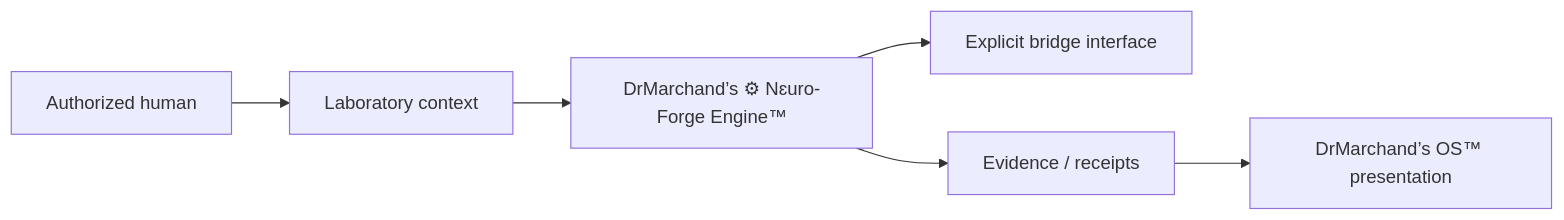
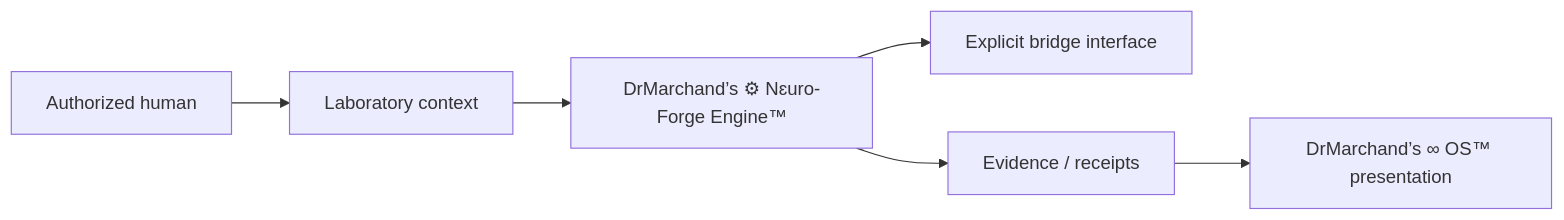
Before and after one commit to DrMarchand/NFE: the diagram in README.md, drawn with Mermaid. The commit also changed other lines of this file, not shown here.

Commit message:
Normalize public OS identity to current canon

````diff
--- a/README.md
+++ b/README.md
@@ -22,8 +22,8 @@
 ```mermaid
 flowchart LR
     H[Authorized human] --> LAB[Laboratory context]
     LAB --> ENG[DrMarchand’s ⚙︎ Nɛuro-Forge Engine™]
     ENG --> BRIDGE[Explicit bridge interface]
     ENG --> RECEIPT[Evidence / receipts]
-    RECEIPT --> OS[DrMarchand’s OS™ presentation]
+    RECEIPT --> OS[DrMarchand’s ∞ OS™ presentation]
 ```
````
